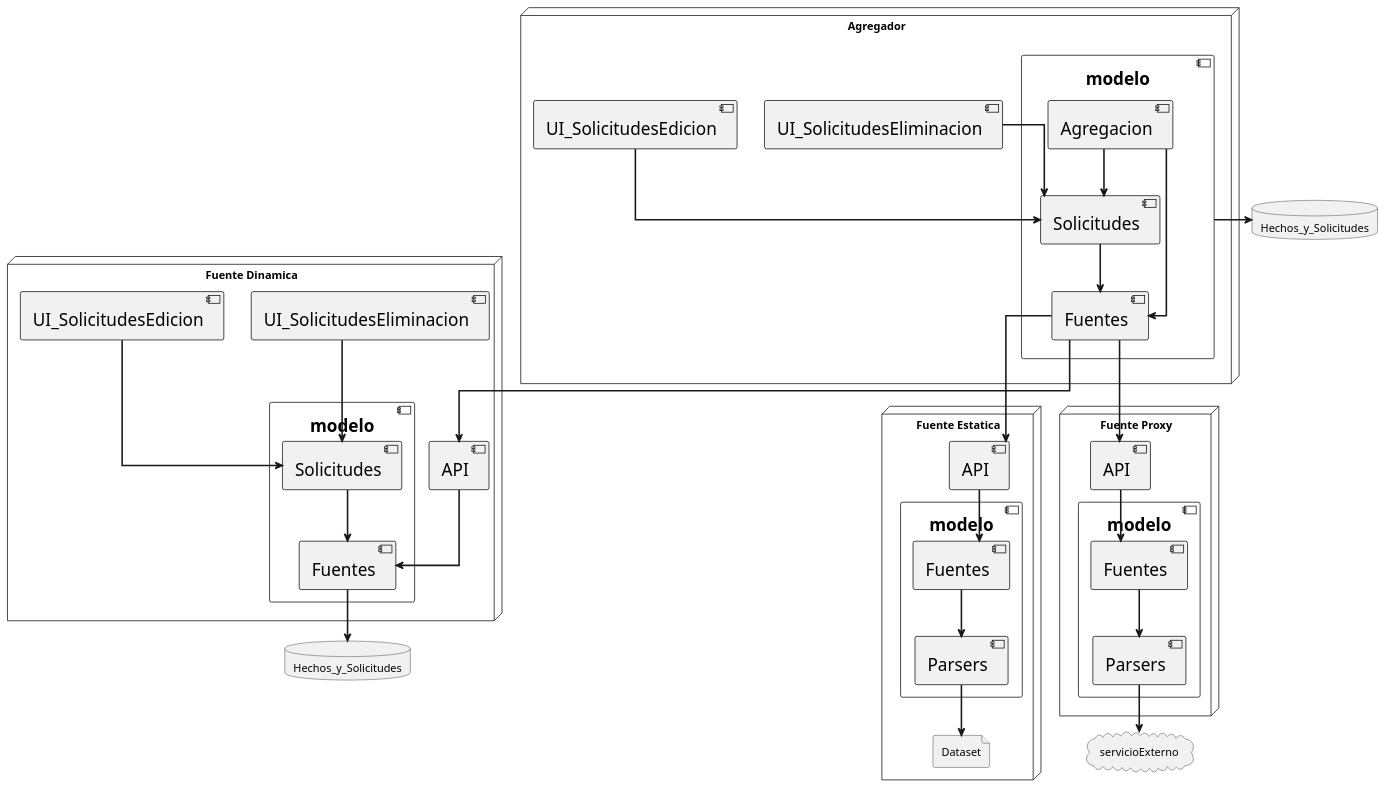
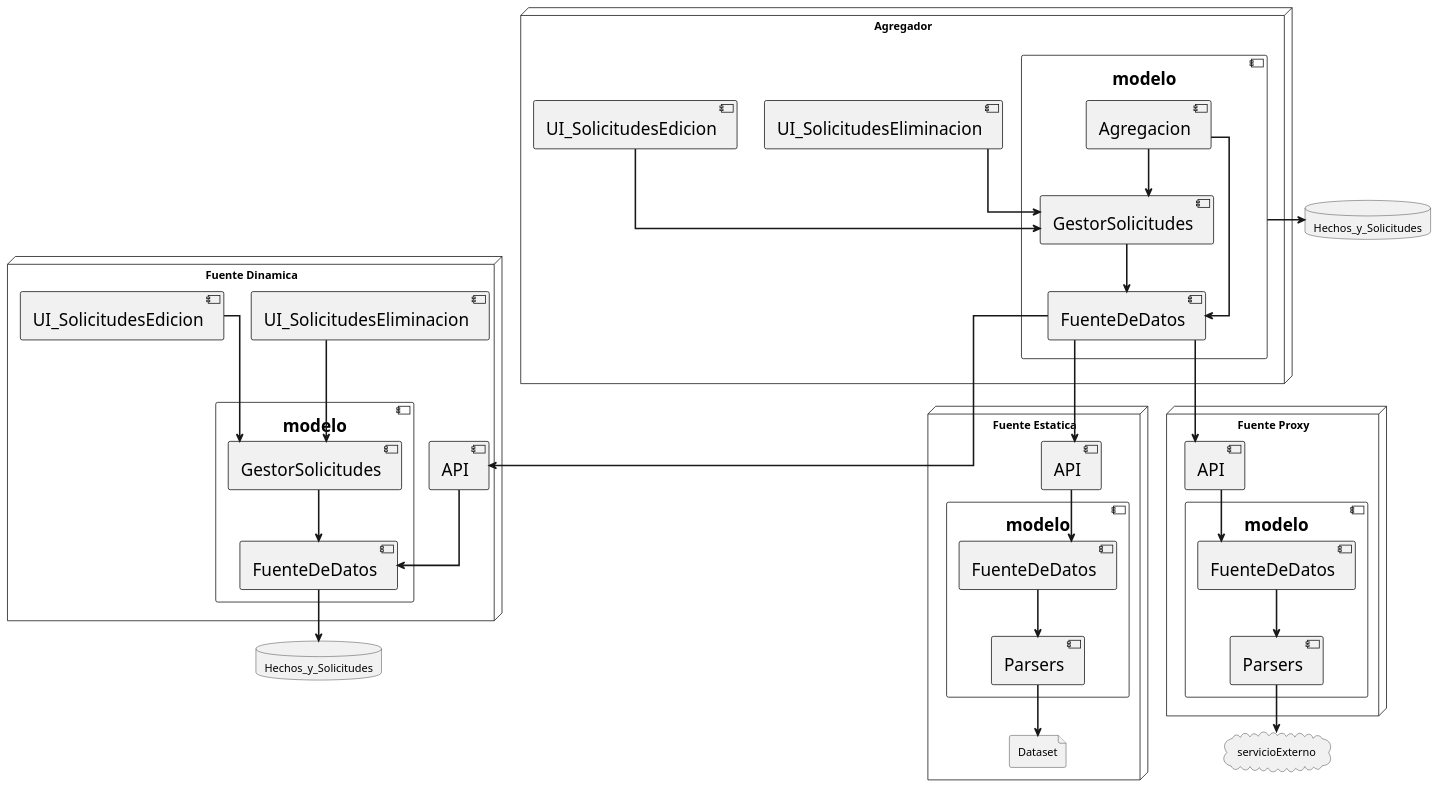
The diagram in Entrega 2/Diagrama de Despliege - Entrega 2.puml (ITantucci/TP-DDSI), drawn with PlantUML before and after one commit. The commit also changed 3 other files, not shown here.

Commit message:
Diagrama de componentes completado

```diff
--- a/Entrega 2/Diagrama de Despliege - Entrega 2.puml
+++ b/Entrega 2/Diagrama de Despliege - Entrega 2.puml
@@ -1,85 +1,84 @@
 @startuml diagrama de despliegue
 
 skinparam Linetype ortho
 'left to right direction
 skinparam ArrowThickness 2
 skinparam componentBorderThickness 1
 skinparam padding 1
 skinparam componentMinHeight 1
 skinparam componentFontSize 22
 
 ' node GestorHechos as "node" {
 '     component Hechos
 ' }
 
 cloud servicioExterno
 database Hechos_y_Solicitudes
 
 node node as "Fuente Estatica" {
     component modelo as cosa3{
-        component Fuentes as Fuentes
+        component FuenteDeDatos as Fuentes
         component Parsers as Parsers
     }
 
     component API as API1
     file Dataset
 
     Fuentes --> Parsers
     Parsers --> Dataset
     API1 --> Fuentes
 }
 
 node node1 as "Fuente Proxy" {
     component modelo as cosa2{
-        component Fuentes as Fuentes2
+        component FuenteDeDatos as Fuentes2
         component Parsers as Parsers2
     }
     component API as API2
 
     Fuentes2 --> Parsers2
     API2 --> Fuentes2
     Parsers2 --> servicioExterno
 }
 
 node node2 as "Fuente Dinamica" {
     component modelo as cosa1{
-        component Fuentes as Fuentes3
-        component Solicitudes
+        component FuenteDeDatos as Fuentes3
+        component GestorSolicitudes
     }
     component API as API3
     component UI_SolicitudesEliminacion
     component UI_SolicitudesEdicion
 
     API3 --> Fuentes3
-    Solicitudes --> Fuentes3
-    UI_SolicitudesEdicion --> Solicitudes
-    UI_SolicitudesEliminacion --> Solicitudes
+    GestorSolicitudes --> Fuentes3
+    UI_SolicitudesEdicion --> GestorSolicitudes
+    UI_SolicitudesEliminacion --> GestorSolicitudes
     Fuentes3 --> Hechos_y_Solicitudes
 }
 
 database Hechos_y_Solicitudes as HyS
 
 node node3 as "Agregador"{
     component modelo{
         component Agregacion as Agregador1
-        component Fuentes as Fuentes4
-        component Solicitudes as Soli2
+        component FuenteDeDatos as Fuentes4
+        component GestorSolicitudes as Soli2
     }
 
     component UI_SolicitudesEliminacion as UI_solisEl
     component UI_SolicitudesEdicion as UI_solisED
     
     UI_solisED --> Soli2
     UI_solisEl --> Soli2
 
     Agregador1 --> Soli2
     Soli2 --> Fuentes4
     Agregador1 --> Fuentes4
     Fuentes4 --> API1
     Fuentes4 --> API2
     Fuentes4 --> API3
     modelo--> HyS
-
 }
 
 @enduml
```
